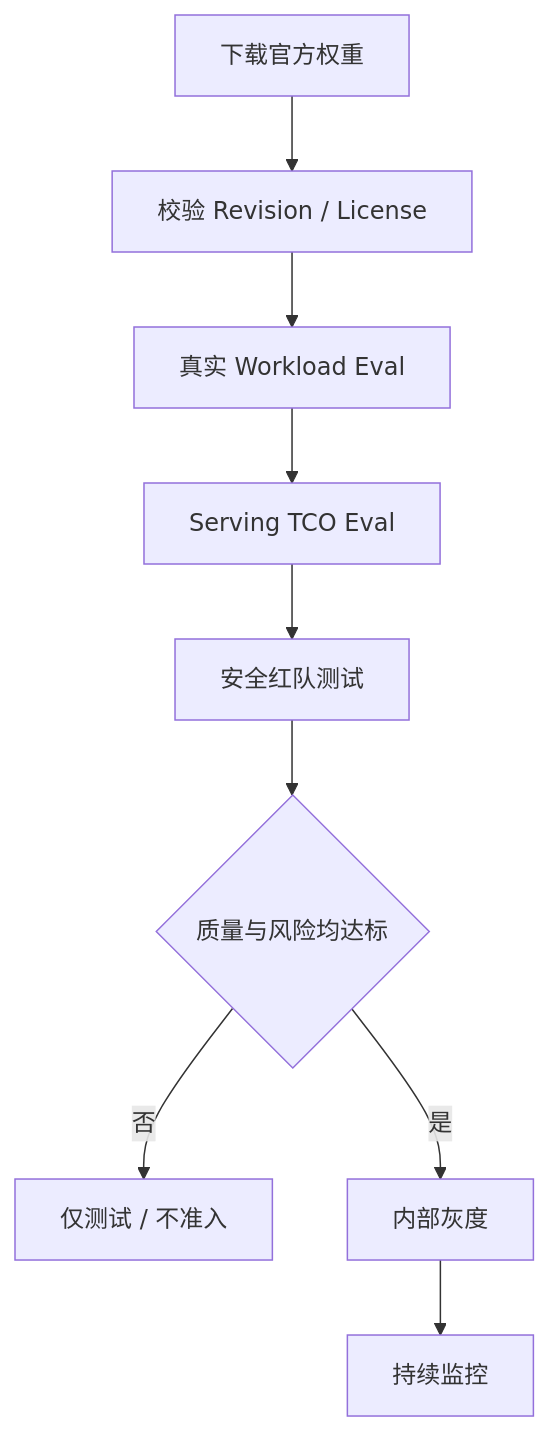
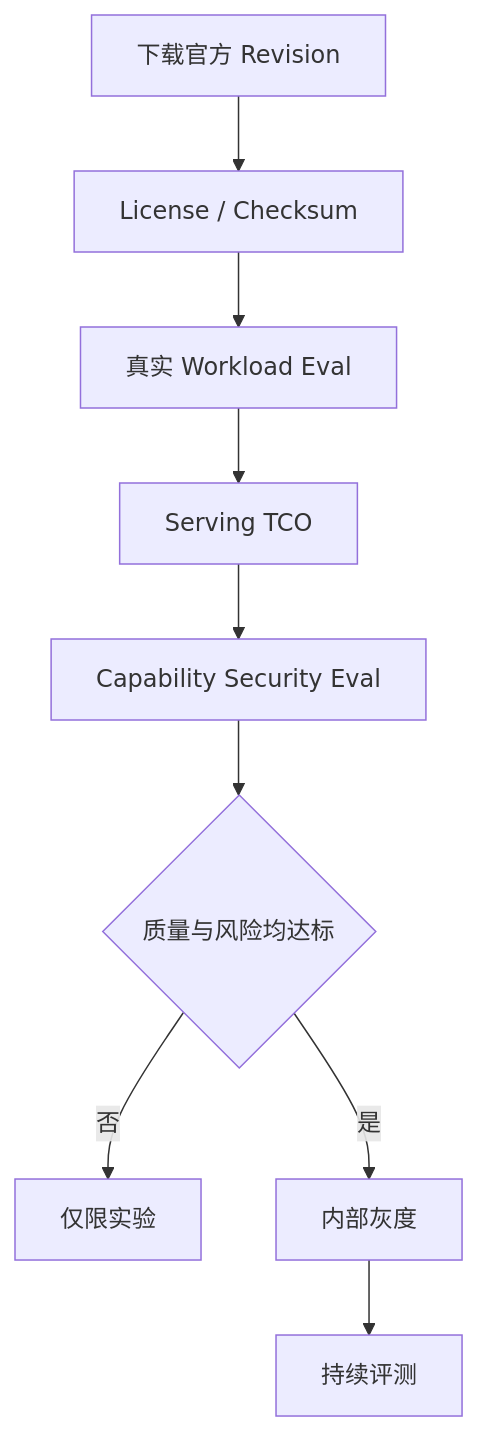
One commit to wlf186/ai-daily-headlines changed the second of 20 diagrams in 260829.md. Above: the diagram before and after it, drawn with Mermaid. The commit also changed other lines of this file, not shown here.

````diff
--- a/260829.md
+++ b/260829.md
@@ -77,11 +77,11 @@
 ```mermaid
 flowchart TD
-    GA1[下载官方权重] --> GA2[校验 Revision / License]
+    GA1[下载官方 Revision] --> GA2[License / Checksum]
     GA2 --> GA3[真实 Workload Eval]
-    GA3 --> GA4[Serving TCO Eval]
-    GA4 --> GA5[安全红队测试]
+    GA3 --> GA4[Serving TCO]
+    GA4 --> GA5[Capability Security Eval]
     GA5 --> GA6{质量与风险均达标}
-    GA6 -- 否 --> GA7[仅测试 / 不准入]
+    GA6 -- 否 --> GA7[仅限实验]
     GA6 -- 是 --> GA8[内部灰度]
-    GA8 --> GA9[持续监控]
+    GA8 --> GA9[持续评测]
 ```
````
